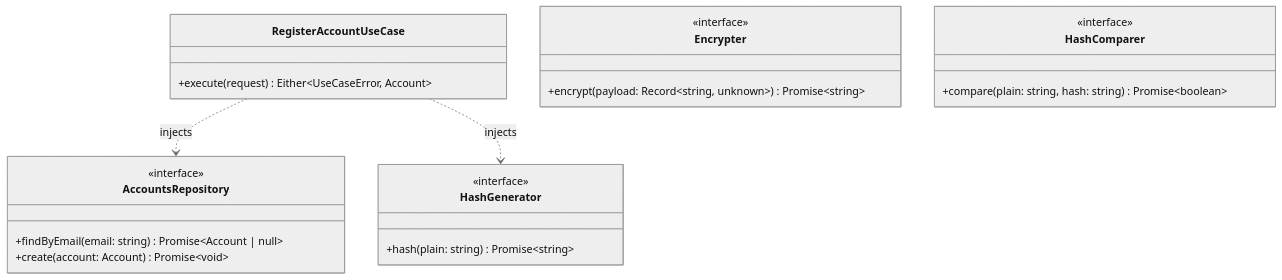
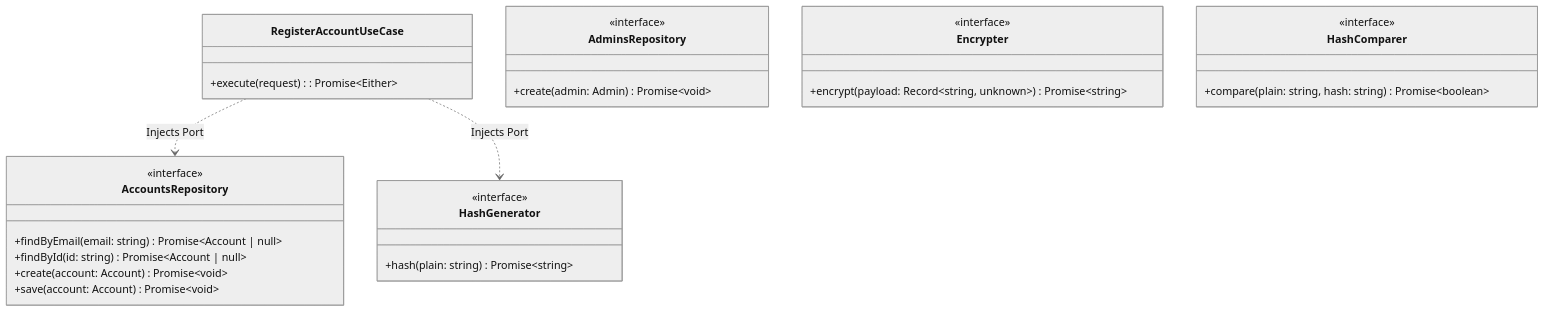
Before and after one commit to josevictorn/vero: the third of 4 diagrams in architecture.md, drawn with Mermaid (neutral theme). The commit also changed other lines of this file, not shown here.

Commit message:
feat: :sparkles: enhance architecture documentation with detailed diagrams and additional entity properties

````diff
--- a/architecture.md
+++ b/architecture.md
@@ -77,27 +140,38 @@
 ```mermaid
 classDiagram
   class RegisterAccountUseCase {
-    +execute(request) Either~UseCaseError, Account~
+    +execute(request): Promise~Either<UseCaseError, Account>~
   }
+
+  %% Repositories (Ports)
   class AccountsRepository {
     <<interface>>
     +findByEmail(email: string) Promise~Account | null~
+    +findById(id: string) Promise~Account | null~
     +create(account: Account) Promise~void~
+    +save(account: Account) Promise~void~
   }
+  
+  class AdminsRepository {
+    <<interface>>
+    +create(admin: Admin) Promise~void~
+  }
+
+  %% Cryptography (Ports)
   class Encrypter {
     <<interface>>
     +encrypt(payload: Record~string, unknown~) Promise~string~
   }
   class HashGenerator {
     <<interface>>
     +hash(plain: string) Promise~string~
   }
   class HashComparer {
     <<interface>>
     +compare(plain: string, hash: string) Promise~boolean~
   }
-  
-  %% Use Cases depend purely on interfaces (DIP)
-  RegisterAccountUseCase ..> AccountsRepository : injects
-  RegisterAccountUseCase ..> HashGenerator : injects
+
+  %% Relationships to Use Cases
+  RegisterAccountUseCase ..> AccountsRepository : Injects Port
+  RegisterAccountUseCase ..> HashGenerator : Injects Port
 ```
````
